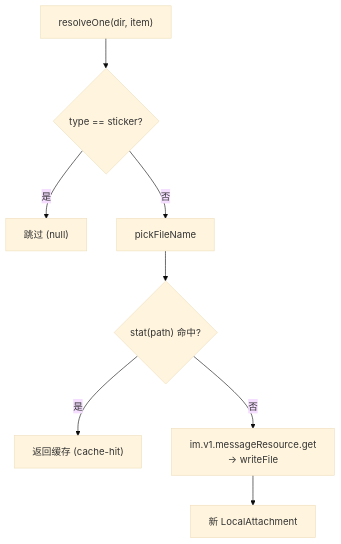
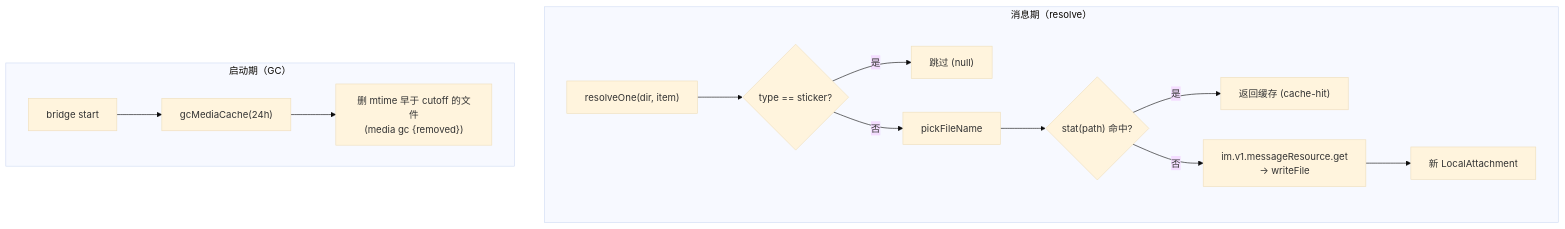
The third of 3 diagrams in how-it-works/07-sessions-workspaces-media.md (sorphwer/feishu-omp-bridge), drawn with Mermaid (base theme) before and after one commit. The commit also changed other lines of this file and 12 other files, not shown here.

````diff
--- a/how-it-works/07-sessions-workspaces-media.md
+++ b/how-it-works/07-sessions-workspaces-media.md
@@ -74,10 +124,16 @@
 ```mermaid
 flowchart TD
-  R["resolveOne(dir, item)"] --> ST{"type == sticker?"}
-  ST -->|是| SKIP["跳过 (null)"]
-  ST -->|否| FN["pickFileName"]
-  FN --> CACHE{"stat(path) 命中?"}
-  CACHE -->|是| HIT["返回缓存 (cache-hit)"]
-  CACHE -->|否| DL["im.v1.messageResource.get<br/>→ writeFile"]
-  DL --> NEW["新 LocalAttachment"]
+  subgraph 消息期["消息期（resolve）"]
+    R["resolveOne(dir, item)"] --> ST{"type == sticker?"}
+    ST -->|是| SKIP["跳过 (null)"]
+    ST -->|否| FN["pickFileName"]
+    FN --> CACHE{"stat(path) 命中?"}
+    CACHE -->|是| HIT["返回缓存 (cache-hit)"]
+    CACHE -->|否| DL["im.v1.messageResource.get<br/>→ writeFile"]
+    DL --> NEW["新 LocalAttachment"]
+  end
+  subgraph 启动期["启动期（GC）"]
+    BOOT["bridge start"] --> GC["gcMediaCache(24h)"]
+    GC --> OLD["删 mtime 早于 cutoff 的文件<br/>(media gc {removed})"]
+  end
 ```
````
